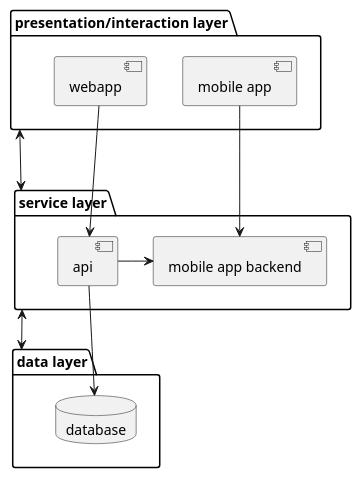
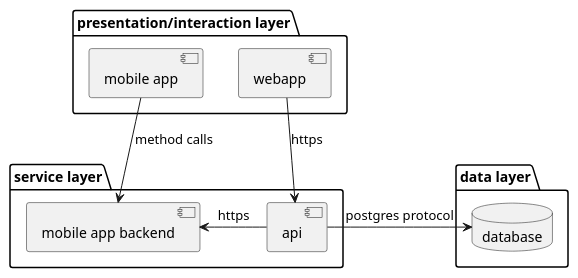
The diagram in diagrams/layer.puml (SelSolvID/docs), drawn with PlantUML before and after one commit.

Commit message:
update layer diagram

```diff
--- a/diagrams/layer.puml
+++ b/diagrams/layer.puml
@@ -1,23 +1,21 @@
 @startuml layer diagram
 package "presentation/interaction layer" as pil {
   [webapp] as wap
   [mobile app] as map
 }
 
 package "service layer" as sl {
   [api]
   [mobile app backend] as mab
 }
 
 package "data layer" as dl {
   database database
 }
 
-pil <---> sl
-sl <--> dl
 
-wap --> api
-map --> mab
-api -> database
-api -> mab
+wap --> api : https
+map -> mab : method calls
+api -> database : postgres protocol
+api -> mab : https
 @enduml
```
